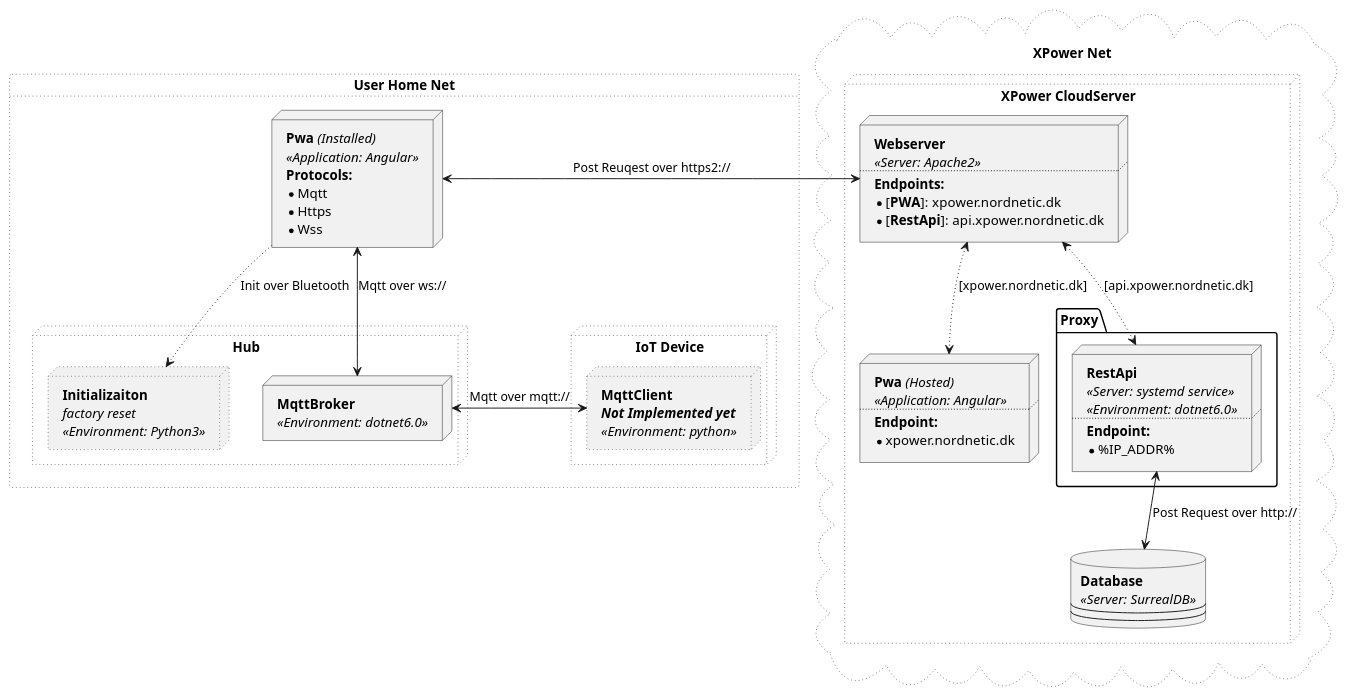
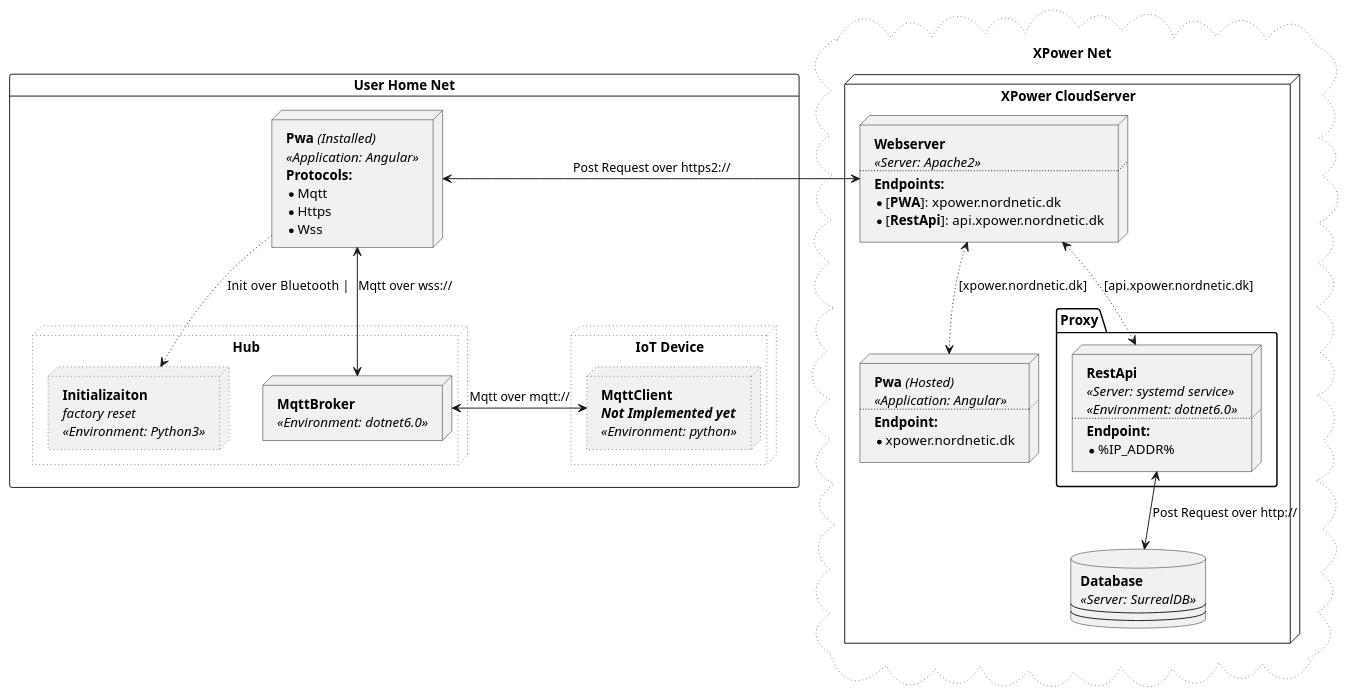
Before and after one commit to Casp7654/XPower: the diagram in docs/deployment diagram/XpowerDeployment.plantuml, drawn with PlantUML. The commit also changed 1 other file, not shown here.

```diff
--- a/docs/deployment diagram/XpowerDeployment.plantuml
+++ b/docs/deployment diagram/XpowerDeployment.plantuml
@@ -1,93 +1,93 @@
 @startuml Xpower Deployment Diagram
 
 cloud "XPower Net" #line:grey;line.dotted {
 
-    node "XPower CloudServer" #line:grey;line.dotted {
+    node "XPower CloudServer"  {
 
         node apache2 [
         <b>Webserver
         <i><<Server: Apache2>>
         ....
         <b>Endpoints:
         * [<b>PWA</b>]: xpower.nordnetic.dk
         * [<b>RestApi</b>]: api.xpower.nordnetic.dk
         ]
 
         node pwa [
         <b>Pwa</b> <i>(Hosted)
         <i><<Application: Angular>>
         ....
         <b>Endpoint:
         * xpower.nordnetic.dk
         ]
 
         package Proxy {
             node dotrest [
             <b>RestApi
             <i><<Server: systemd service>>
             <i><<Environment: dotnet6.0>>
             ....
             <b>Endpoint:
             * %IP_ADDR%
             ]
         }
 
         database ds [
         <b>Database
         <i><<Server: SurrealDB>>
         ----
         ----
         ]
 
     }
 }
 
-card "User Home Net" #line:grey;line.dotted {
+card "User Home Net" {
 
 
     node App [
     <b>Pwa</b> <i>(Installed)
     <i><<Application: Angular>>
     <b>Protocols:
     * Mqtt
     * Https
     * Wss
     ]
 
     node Hub #line:grey;line.dotted {
         node hubfac #line:grey;line.dotted  [
         <b>Initializaiton
         <i>factory reset
         <i><<Environment: Python3>>
         ]
         node dotbroker [
         <b>MqttBroker
         <i><<Environment: dotnet6.0>>
         ]
     }
 
     node "IoT Device" as iot #line:grey;line.dotted  {
 
         node iothon #line:grey;line.dotted  [
         <b>MqttClient
         <b><i>Not Implemented yet
         <i><<Environment: python>>
         ]
     }
 
 }
 
 'dotbroker -[hidden]- hubfac : " "
 
-App <--> dotbroker : Mqtt over ws://
-App ~right~> hubfac : Init over Bluetooth
-App <-left-> apache2 : Post Reuqest over https2://
+App <--> dotbroker : Mqtt over wss://
+App ~right~> hubfac : Init over Bluetooth  |
+App <-left-> apache2 : Post Request over https2://
 
 dotbroker <-left-> iothon : Mqtt over mqtt://
 
 apache2 <-[dotted]down-> pwa : [xpower.nordnetic.dk]
 apache2 <-[dotted]down-> dotrest : [api.xpower.nordnetic.dk]
 dotrest <-down-> ds : Post Request over http://
 
 
 @enduml
```
